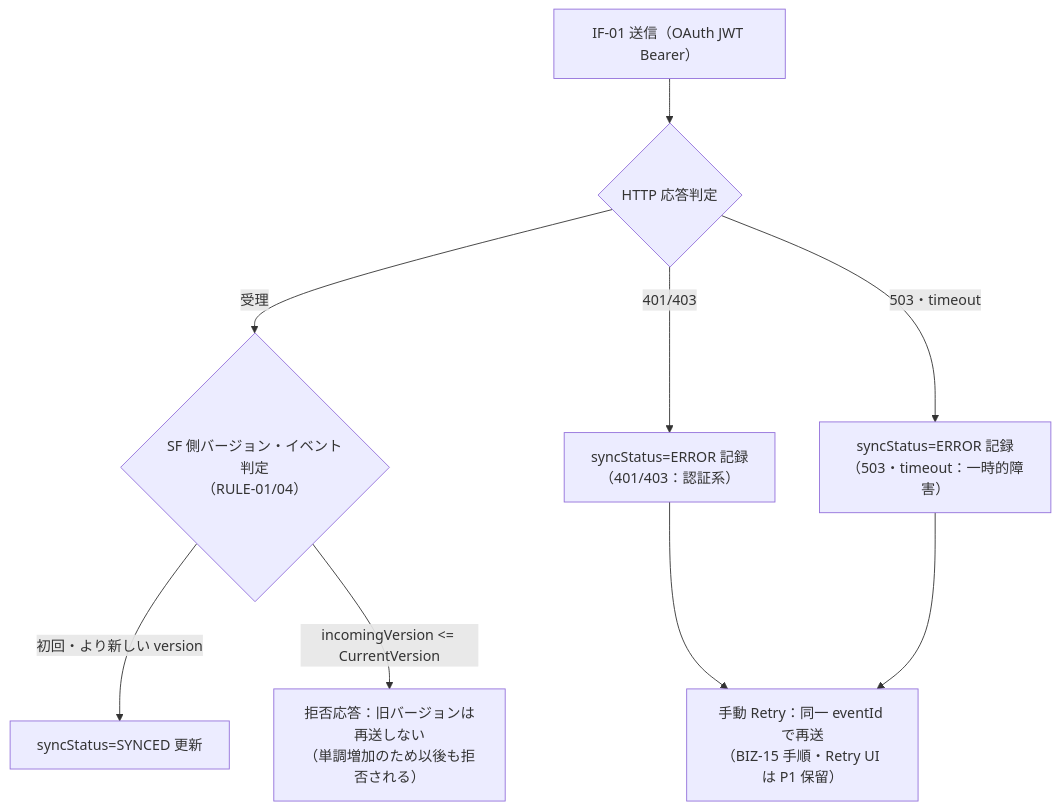
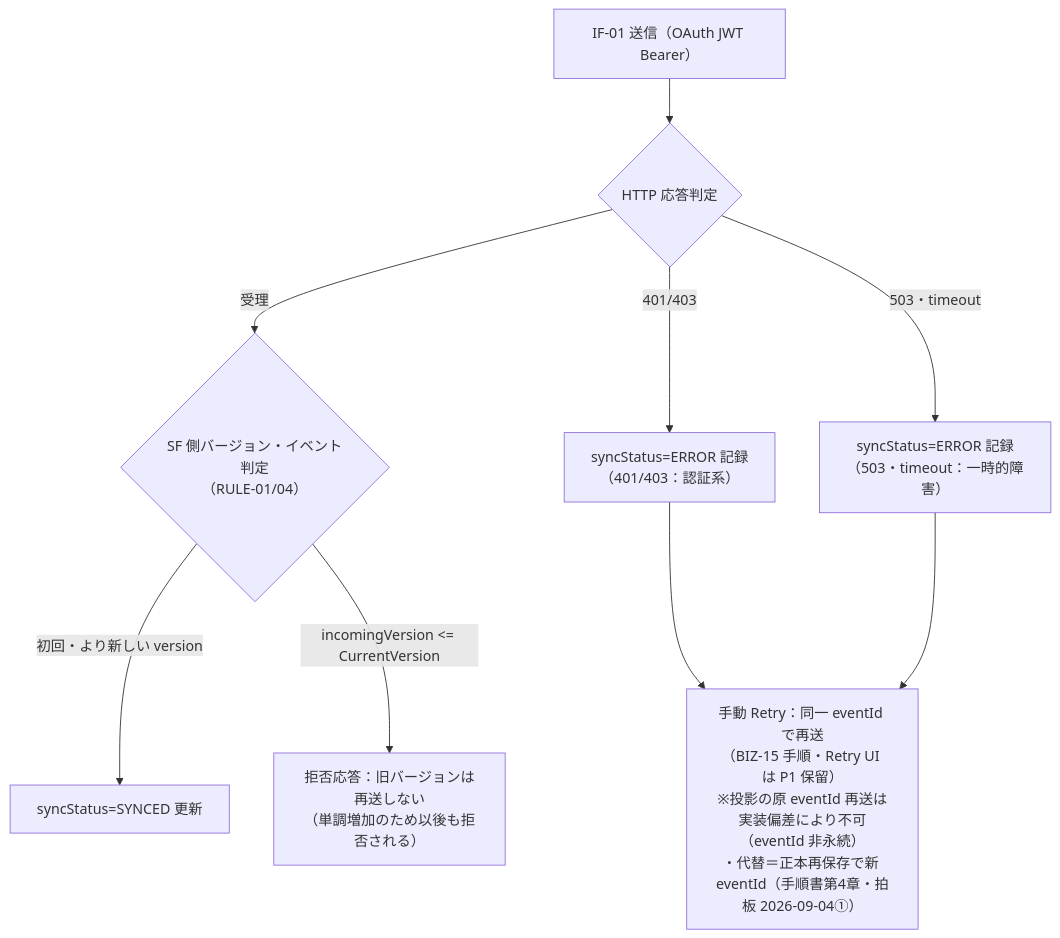
Before and after one commit to Cho-Geer/chogeer: the diagram in docs/asset/basic-design/interface-design.md, drawn with Mermaid. The commit also changed other lines of this file and 10 other files, not shown here.

````diff
--- a/docs/asset/basic-design/interface-design.md
+++ b/docs/asset/basic-design/interface-design.md
@@ -96,20 +96,20 @@
 ```mermaid
 flowchart TB
     CALL["IF-01 送信（OAuth JWT Bearer）"]
     AUTH{"HTTP 応答判定"}
     VER{"SF 側バージョン・イベント判定<br/>（RULE-01/04）"}
     OK["syncStatus=SYNCED 更新"]
     OLDVER["拒否応答：旧バージョンは再送しない<br/>（単調増加のため以後も拒否される）"]
     AUTHERR["syncStatus=ERROR 記録<br/>（401/403：認証系）"]
     TmpERR["syncStatus=ERROR 記録<br/>（503・timeout：一時的障害）"]
-    MANUAL["手動 Retry：同一 eventId で再送<br/>（BIZ-15 手順・Retry UI は P1 保留）"]
+    MANUAL["手動 Retry：同一 eventId で再送<br/>（BIZ-15 手順・Retry UI は P1 保留）<br/>※投影の原 eventId 再送は実装偏差により不可（eventId 非永続）<br/>・代替＝正本再保存で新 eventId（手順書第4章・拍板 2026-09-04①）"]
 
     CALL --> AUTH
     AUTH -->|"受理"| VER
     AUTH -->|"401/403"| AUTHERR
     AUTH -->|"503・timeout"| TmpERR
     VER -->|"初回・より新しい version"| OK
     VER -->|"incomingVersion <= CurrentVersion"| OLDVER
     AUTHERR --> MANUAL
     TmpERR --> MANUAL
 ```
````
